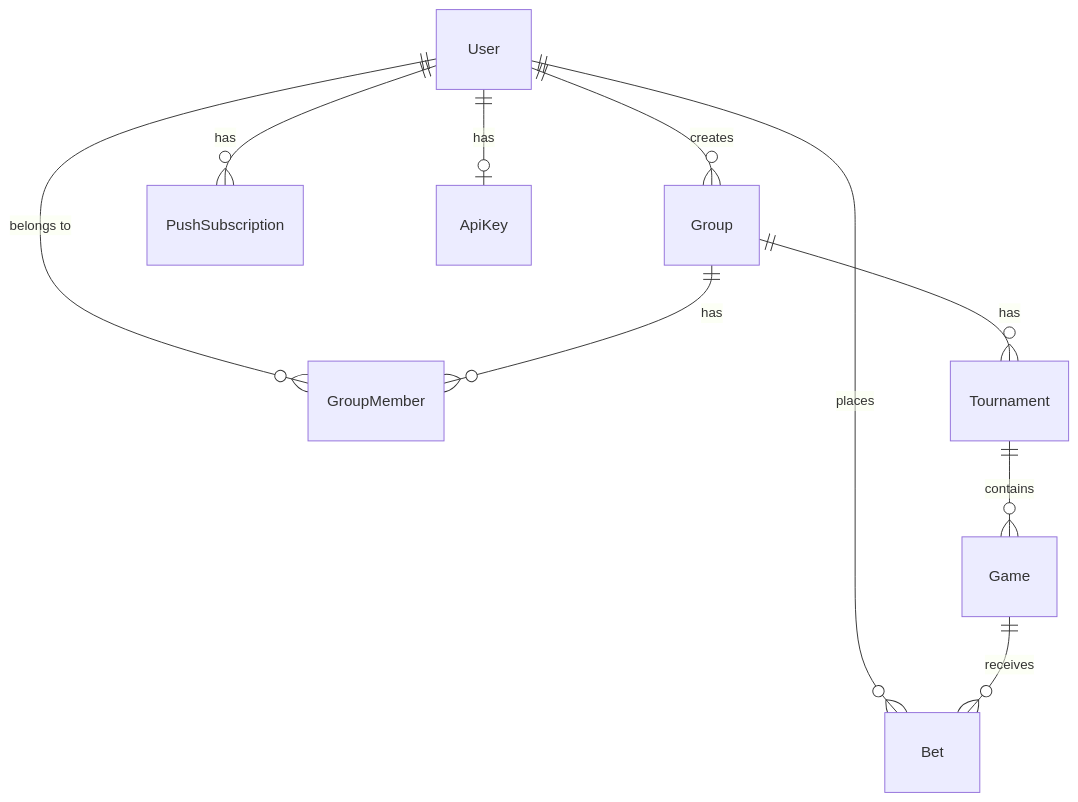
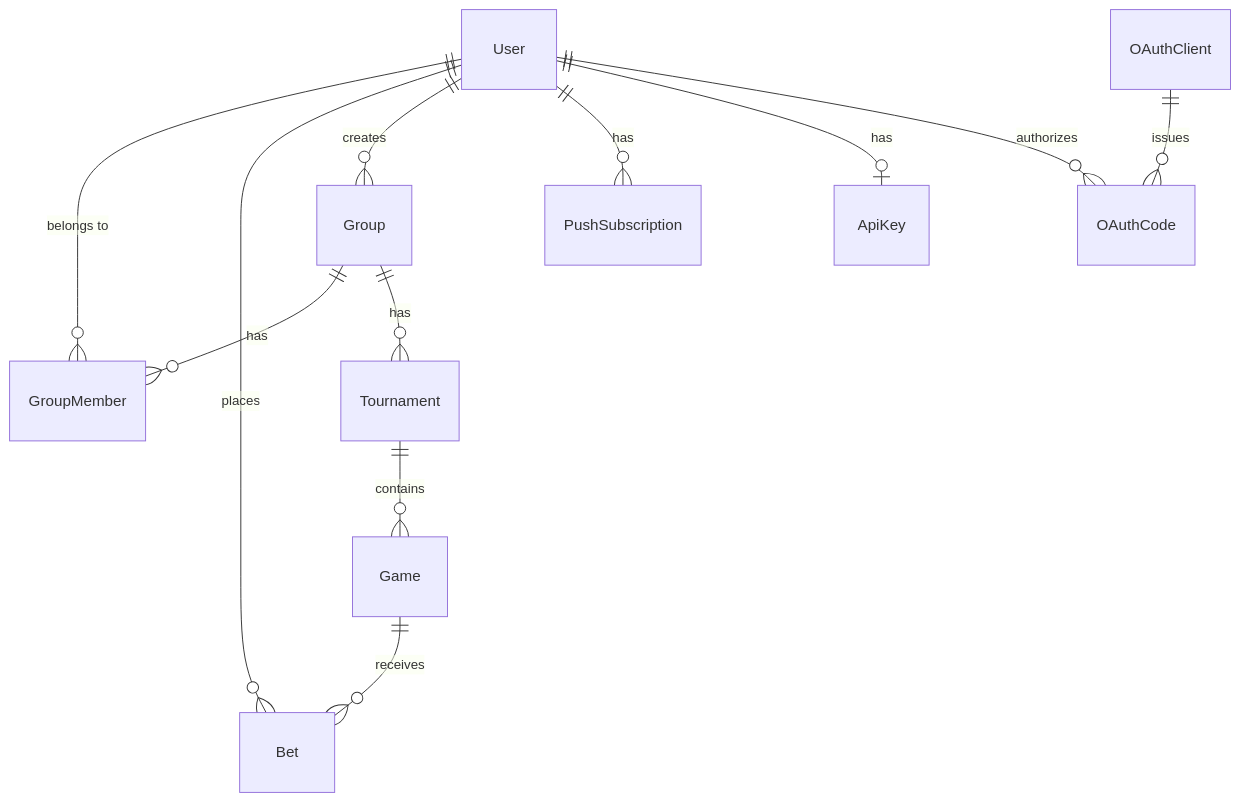
The diagram in docs/database-schema.md (altrazmedia/typer-2), drawn with Mermaid before and after one commit. The commit also changed other lines of this file and 37 other files, not shown here.

````diff
--- a/docs/database-schema.md
+++ b/docs/database-schema.md
@@ -127,15 +152,17 @@
 ```mermaid
 erDiagram
     User ||--o{ GroupMember : "belongs to"
     User ||--o{ Bet : "places"
     User ||--o{ Group : "creates"
     User ||--o{ PushSubscription : "has"
     User ||--o| ApiKey : "has"
+    User ||--o{ OAuthCode : "authorizes"
+    OAuthClient ||--o{ OAuthCode : "issues"
 
     Group ||--o{ GroupMember : "has"
     Group ||--o{ Tournament : "has"
 
     Tournament ||--o{ Game : "contains"
 
     Game ||--o{ Bet : "receives"
 ```
````
